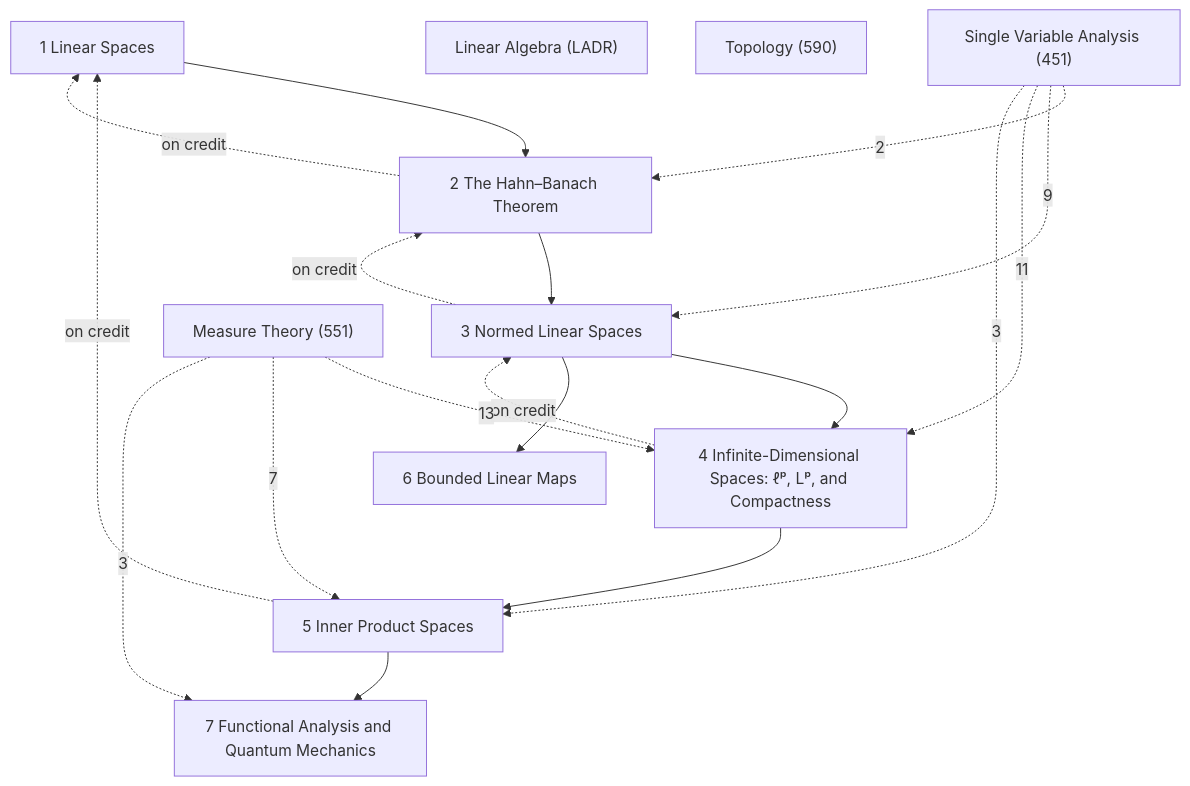
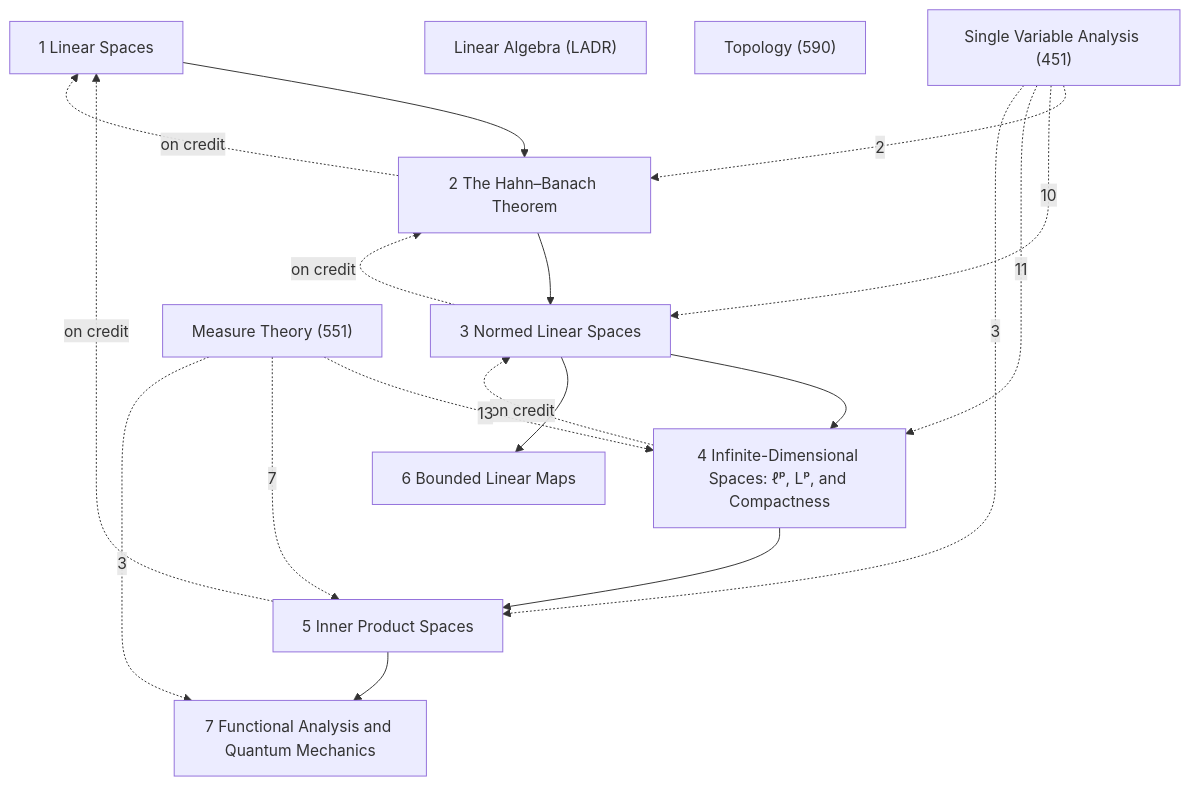
One commit to Onion20040508/notes changed the diagram in Math/Functional Analysis/Functional Analysis.md. Above: the diagram before and after it, drawn with Mermaid. The commit also changed other lines of this file and 586 other files, not shown here.

````diff
--- a/Math/Functional Analysis/Functional Analysis.md
+++ b/Math/Functional Analysis/Functional Analysis.md
@@ -33,31 +33,31 @@
 ```mermaid
 graph TD
   C1["1 Linear Spaces"]
   C2["2 The Hahn–Banach Theorem"]
   C3["3 Normed Linear Spaces"]
   C4["4 Infinite-Dimensional Spaces: ℓᵖ, Lᵖ, and Compactness"]
   C5["5 Inner Product Spaces"]
   C6["6 Bounded Linear Maps"]
   C7["7 Functional Analysis and Quantum Mechanics"]
   X1["Linear Algebra (LADR)"]
   X2["Measure Theory (551)"]
   X3["Topology (590)"]
   X4["Single Variable Analysis (451)"]
   C1 --> C2
   C2 --> C3
   C3 --> C4
   C3 --> C6
   C4 --> C5
   C5 --> C7
   C2 -.->|on credit| C1
   C3 -.->|on credit| C2
   C4 -.->|on credit| C3
   C5 -.->|on credit| C1
   X2 -.->|13| C4
   X2 -.->|7| C5
   X2 -.->|3| C7
   X4 -.->|2| C2
-  X4 -.->|9| C3
+  X4 -.->|10| C3
   X4 -.->|11| C4
   X4 -.->|3| C5
 ```
````
